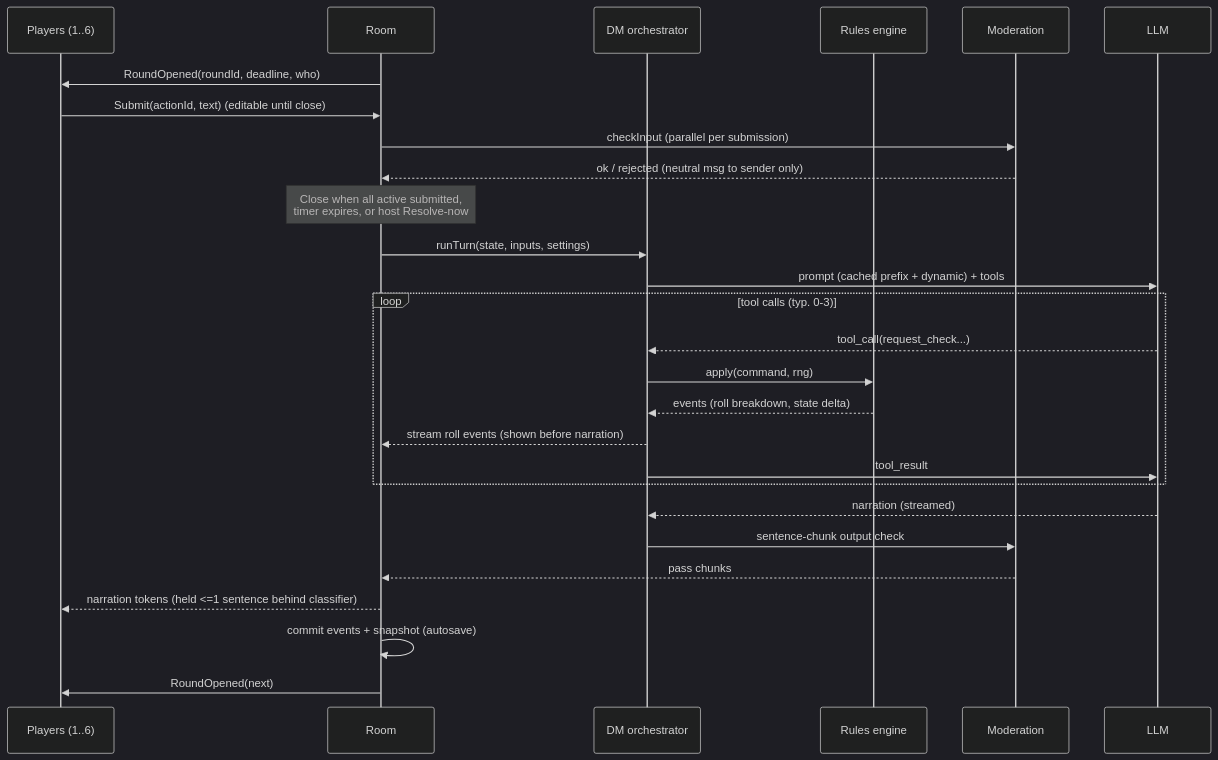
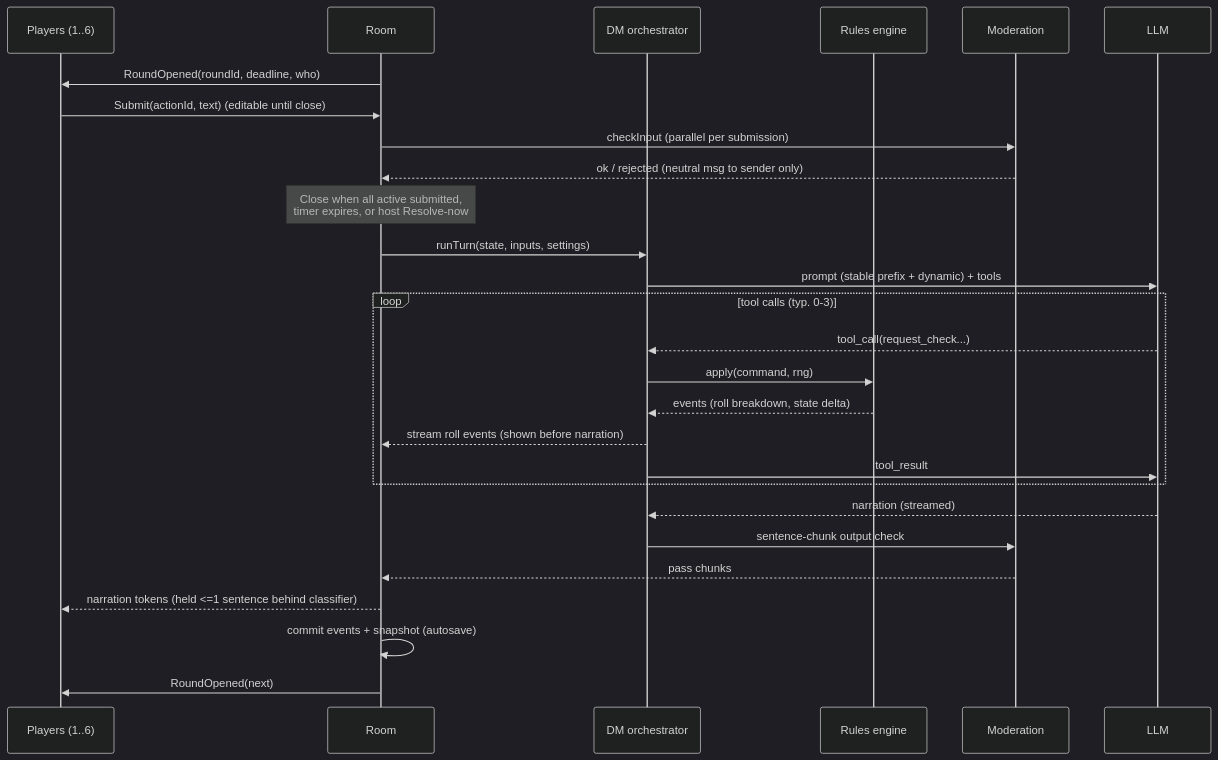
One commit to cjkennedy1972/lorekeep-dm changed the third of 5 diagrams in docs/architecture.md. Above: the diagram before and after it, drawn with Mermaid (dark theme). The commit also changed other lines of this file and 21 other files, not shown here.

````diff
--- a/docs/architecture.md
+++ b/docs/architecture.md
@@ -95,29 +119,29 @@
 ```mermaid
 sequenceDiagram
   participant P as Players (1..6)
   participant R as Room
   participant D as DM orchestrator
   participant E as Rules engine
   participant M as Moderation
   participant L as LLM
   R->>P: RoundOpened(roundId, deadline, who)
   P->>R: Submit(actionId, text) (editable until close)
   R->>M: checkInput (parallel per submission)
   M-->>R: ok / rejected (neutral msg to sender only)
   Note over R: Close when all active submitted,<br/>timer expires, or host Resolve-now
   R->>D: runTurn(state, inputs, settings)
-  D->>L: prompt (cached prefix + dynamic) + tools
+  D->>L: prompt (stable prefix + dynamic) + tools
   loop tool calls (typ. 0-3)
     L-->>D: tool_call(request_check...)
     D->>E: apply(command, rng)
     E-->>D: events (roll breakdown, state delta)
     D-->>R: stream roll events (shown before narration)
     D->>L: tool_result
   end
   L-->>D: narration (streamed)
   D->>M: sentence-chunk output check
   M-->>R: pass chunks
   R-->>P: narration tokens (held <=1 sentence behind classifier)
   R->>R: commit events + snapshot (autosave)
   R->>P: RoundOpened(next)
 ```
````
